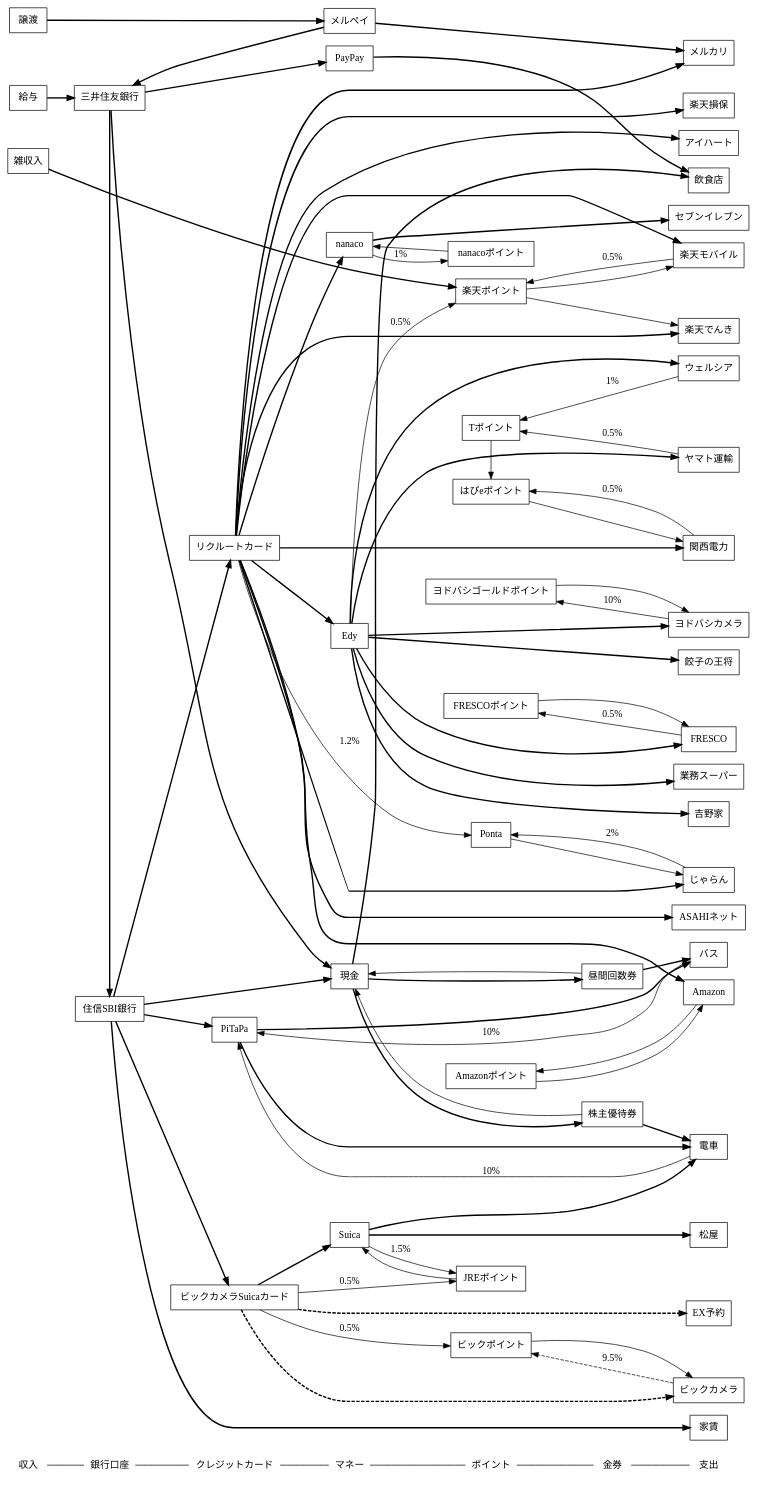
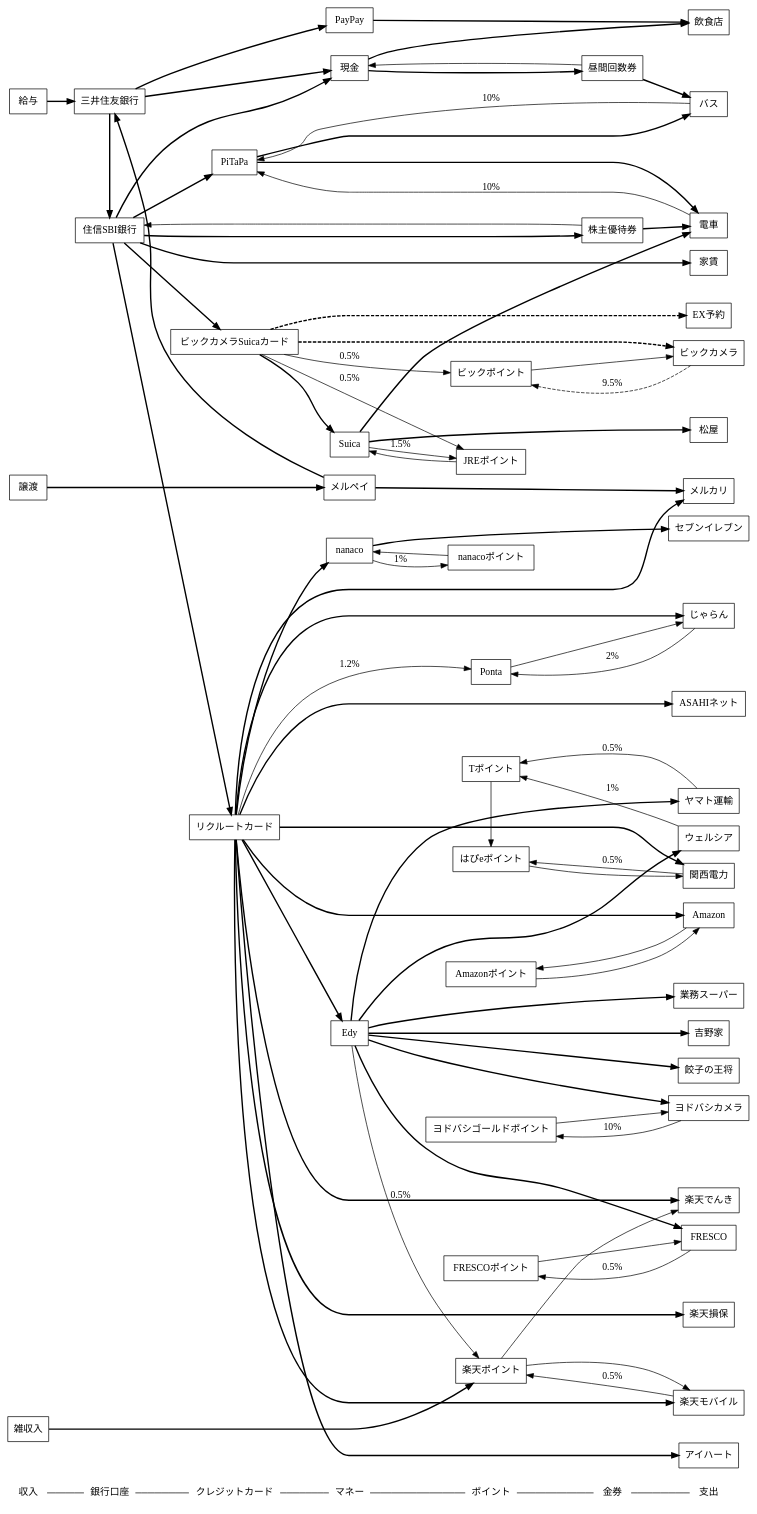
The diagram in moneyflow.dot (saireya/moneyflow), drawn with Graphviz before and after one commit. The commit also changed 1 other file, not shown here.

```diff
--- a/moneyflow.dot
+++ b/moneyflow.dot
@@ -1,180 +1,180 @@
 // dot -Tsvg moneyflow.dot -o moneyflow.svg
 // edge: bold: 支出, solid: 還元(label:還元率), dashed: Obsolete
 digraph "MoneyFlow"
 {
 	graph [ rankdir = LR ];
 	node [ shape = box ];
 
 	"収入", "銀行口座", "クレジットカード", "マネー", "ポイント", "金券", "支出" [shape = none];
 	"収入" -> "銀行口座" -> "クレジットカード" -> "マネー" -> "ポイント" -> "金券" -> "支出" [arrowhead = none];
 	{
 		rank = same; "収入";
 		給与;
 		譲渡;
 		雑収入;
 	}
 
 	{
 		rank = same; "銀行口座";
 		三井住友銀行;
 		住信SBI銀行;
 	}
 
 	{
 		rank = same; "クレジットカード";
 		ビックカメラSuicaカード;
 		リクルートカード;
 		PiTaPa;
 	}
 
 	{
 		rank = same; "マネー";
 		Suica;
 		現金;
 		nanaco;
 		Edy;
 		PayPay;
 		メルペイ;
 	}
 
 	{
 		rank = same; "ポイント";
 		// 共通ポイント
 		Ponta;
 		Tポイント;
 		楽天ポイント;
 		// クレジットカード関係
 		JREポイント;
 		// 独自ポイント
 		ビックポイント;
 		Amazonポイント;
 		nanacoポイント;
 		FRESCOポイント;
 		ヨドバシゴールドポイント;
 		はぴeポイント;
 	}
 
 	{
 		rank = same; "金券";
 		株主優待券;
 		昼間回数券;
 	}
 
 	{
 		rank = same; "支出";
 		家賃;
 		// コンビニ
 		セブンイレブン;
 		// 交通
 		電車;
 		バス;
 		// インフラ
 		ASAHIネット;
 		楽天モバイル;
 		楽天でんき;
 		関西電力;
 		ヤマト運輸;
 		楽天損保;
 		// 店舗
 		アイハート;
 		ウェルシア;
 		ビックカメラ;
 		ヨドバシカメラ;
 		餃子の王将;
 		飲食店;
 		FRESCO;
 		業務スーパー;
 		松屋;
 		吉野家;
 		// ネット
 		Amazon;
 		EX予約;
 		じゃらん;
 		メルカリ;
 	}
 
 	// SMBC
 	給与 -> 三井住友銀行 [style="bold", weight=100];
 	三井住友銀行 -> 現金, 住信SBI銀行 [style="bold", weight=100];
 	三井住友銀行 -> PayPay [style="bold", weight=100];
 	PayPay -> 飲食店 [style="bold", weight=100];
 
 	// ビックカメラSuicaカード
 	ビックカメラSuicaカード -> JREポイント [label="0.5%"];
 	ビックカメラSuicaカード -> ビックカメラ [style="bold,dashed", weight=100];
 	ビックカメラ -> ビックポイント [style="dashed", label="9.5%"];
 	ビックカメラSuicaカード -> ビックポイント [label="0.5%"]
 	ビックポイント -> ビックカメラ;
 	ビックカメラSuicaカード -> Suica -> 電車 [style="bold", weight=100];
 	Suica -> 松屋 [style="bold", weight=100];
 	ビックカメラSuicaカード -> EX予約 [style="bold,dashed", weight=100];
 	Suica -> JREポイント [label="1.5%"];
 	JREポイント -> Suica;
 
 	// 住信SBI
 	住信SBI銀行 -> 現金 [style="bold", weight=100];
 	住信SBI銀行 -> 家賃 [style="bold", weight=100];
 	住信SBI銀行 -> ビックカメラSuicaカード, リクルートカード, PiTaPa [style="bold", weight=100];
+	住信SBI銀行 -> 株主優待券 [style="bold", weight=100];
+	株主優待券 -> 電車 [style="bold", weight=100];
+	株主優待券 -> 住信SBI銀行;
 
 	// リクルートカード
 	リクルートカード -> ASAHIネット [style="bold", weight=100];
 	リクルートカード -> Amazon [style="bold", weight=100];
 	リクルートカード -> じゃらん [style="bold", weight=100];
 	リクルートカード -> アイハート [style="bold", weight=100];
 	リクルートカード -> 関西電力 [style="bold", weight=100];
 	関西電力 -> はぴeポイント [label="0.5%"];
 	はぴeポイント -> 関西電力;
 	リクルートカード -> 楽天でんき [style="bold", weight=100];
 	リクルートカード -> 楽天損保 [style="bold", weight=100];
 	リクルートカード -> 楽天モバイル [style="bold", weight=100];
 	楽天モバイル -> 楽天ポイント [label="0.5%"];
 	楽天ポイント -> 楽天モバイル, 楽天でんき;
 	リクルートカード -> Edy [style="bold", weight=100];
 	Edy -> ヤマト運輸 [style="bold", weight=100];
 	ヤマト運輸 -> Tポイント [label="0.5%"];
 	Edy -> ヨドバシカメラ [style="bold", weight=100];
 	ヨドバシカメラ -> ヨドバシゴールドポイント [label="10%"];
 	ヨドバシゴールドポイント -> ヨドバシカメラ;
 	Edy -> ウェルシア [style="bold", weight=100];
 	ウェルシア -> Tポイント [label="1%"];
 	Tポイント -> はぴeポイント;
 	Edy -> 吉野家 [style="bold", weight=100];
 	Edy -> 楽天ポイント [label="0.5%"];
 	リクルートカード -> Ponta [label="1.2%"];
 	Ponta -> じゃらん;
 	じゃらん -> Ponta [label="2%"];
 	Amazon -> Amazonポイント -> Amazon;
 	リクルートカード -> nanaco [style="bold", weight=100];
 	nanaco -> セブンイレブン [style="bold", weight=100];
 	nanaco -> nanacoポイント [label="1%"];
 	nanacoポイント -> nanaco;
 	Edy -> 業務スーパー [style="bold", weight=100];
 	Edy -> FRESCO [style="bold", weight=100];
 	FRESCO -> FRESCOポイント [label="0.5%"];
 	FRESCOポイント -> FRESCO;
 	Edy -> 餃子の王将 [style="bold", weight=100];
 
 	// PiTaPa
 	PiTaPa -> 電車 [style="bold", weight=100];
 	電車 -> PiTaPa [label="10%"];
 	PiTaPa -> バス [style="bold", weight=100];
 	バス -> PiTaPa [label="10%"];
 
 	// 現金
 	現金 -> 飲食店 [style="bold", weight=100];
-	現金 -> 株主優待券 [style="bold", weight=100];
-	株主優待券 -> 電車 [style="bold", weight=100];
-	株主優待券 -> 現金;
 	現金 -> 昼間回数券 [style="bold", weight=100];
 	昼間回数券 -> 現金;
 	昼間回数券 -> バス [style="bold", weight=100];
 
 	// 譲渡
 	譲渡 -> メルペイ [style="bold", weight=100];
 	メルペイ -> メルカリ [style="bold", weight=100];
 	メルペイ -> 三井住友銀行 [style="bold", weight=100];
 	リクルートカード -> メルカリ [style="bold", weight=100];
 
 	// 雑収入
 	雑収入 -> 楽天ポイント [style="bold", weight=100];
 }
```
